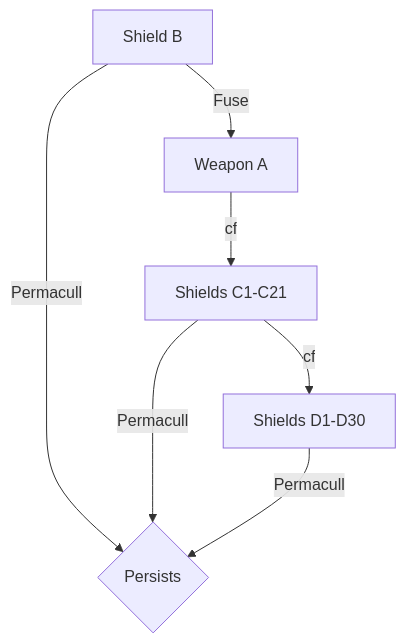
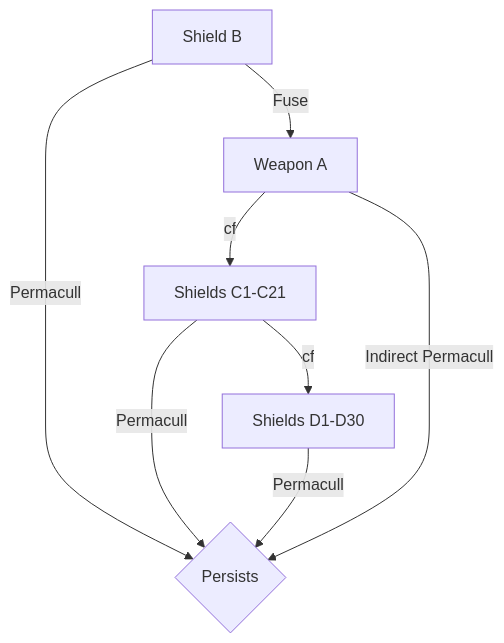
The sixth of 7 diagrams in docs/wiki/_wip/sfo-nesting-test.md (BKMzero/ultrabroken-documentation), drawn with Mermaid before and after one commit. The commit also changed other lines of this file, not shown here.

First line of the commit message:
Graph updates sfo-nesting-test.md

````diff
--- a/docs/wiki/_wip/sfo-nesting-test.md
+++ b/docs/wiki/_wip/sfo-nesting-test.md
@@ -462,9 +495,10 @@
             ```mermaid
             graph TD
                 A[Shield B] -->|Fuse| B[Weapon A]
                 B -->|cf| C[Shields C1-C21]
                 C -->|cf| D[Shields D1-D30]
                 A -->|Permacull| E{Persists}
                 C -->|Permacull| E
                 D -->|Permacull| E
+                B -->|Indirect Permacull| E
             ```
````
